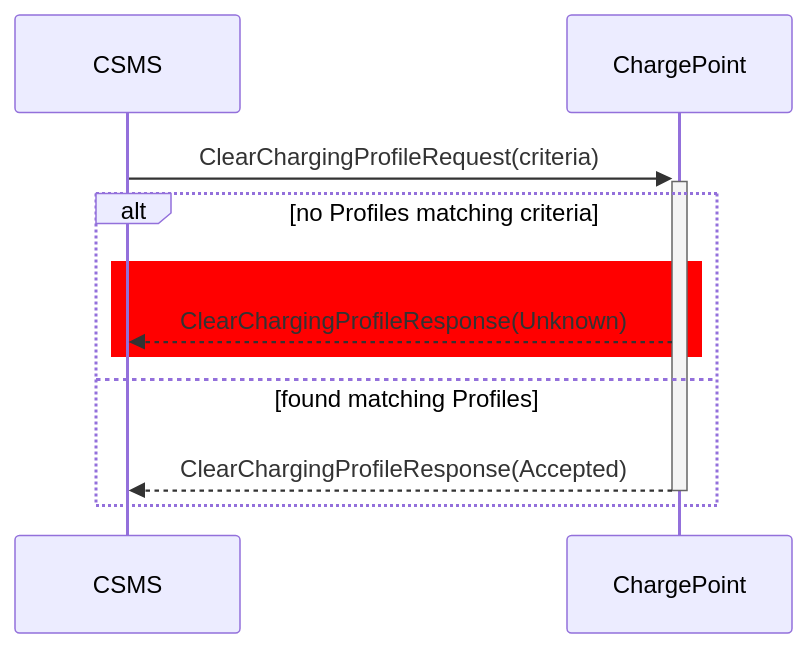
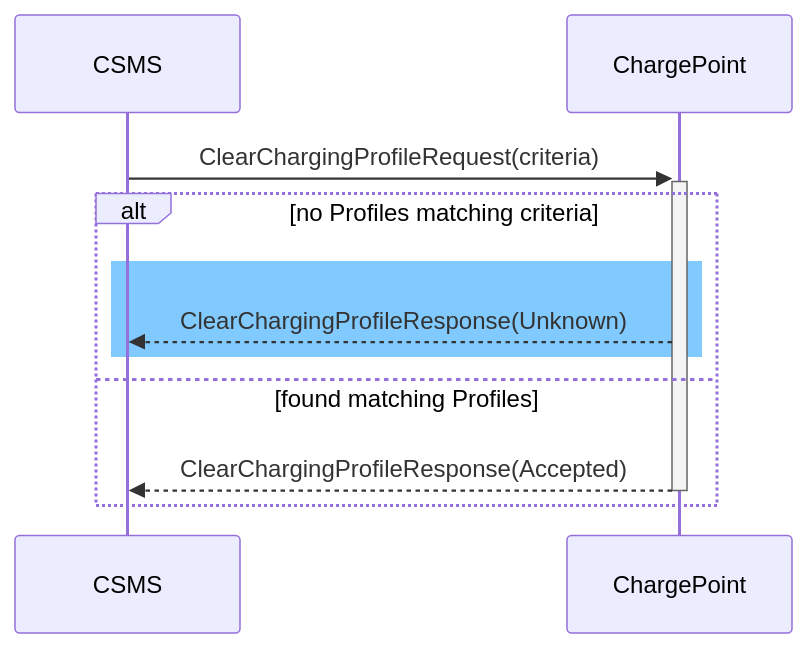
The fourth of 4 diagrams in doc/ocpp_201_use_cases_in_depth.md (EVerest/libocpp), drawn with Mermaid before and after one commit. The commit also changed other lines of this file, not shown here.

Commit message:
Update highlight color in use case diagrams

````diff
--- a/doc/ocpp_201_use_cases_in_depth.md
+++ b/doc/ocpp_201_use_cases_in_depth.md
@@ -200,15 +200,15 @@
 ```mermaid
 sequenceDiagram
 
     CSMS->>+ChargePoint: ClearChargingProfileRequest(criteria)
 
     alt no Profiles matching criteria
-    rect Red
+    rect rgb(128,202,255)
         ChargePoint-->>CSMS : ClearChargingProfileResponse(Unknown) 
 
     end
         
     else found matching Profiles
         ChargePoint-->>-CSMS : ClearChargingProfileResponse(Accepted)
     end    
 ```
````
